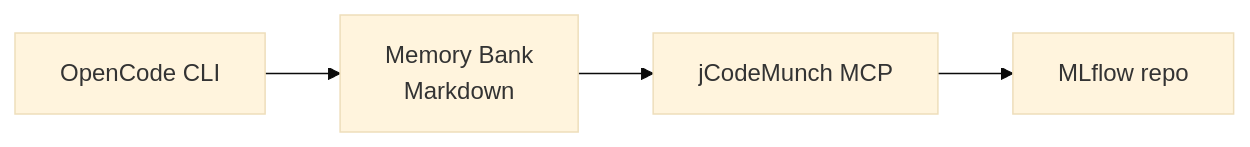
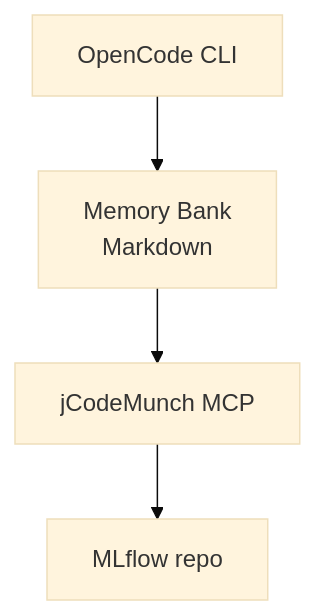
The diagram in slides.md (gokhanozdemir/datadays2026), drawn with Mermaid (base theme) before and after one commit. The commit also changed other lines of this file and 1 other file, not shown here.

````diff
--- a/slides.md
+++ b/slides.md
@@ -282,6 +282,6 @@
 ```mermaid
-flowchart LR
+flowchart TB
   A[OpenCode CLI] --> B["Memory Bank\nMarkdown"]
   B --> C[jCodeMunch MCP]
   C --> D[MLflow repo]
 ```
````
